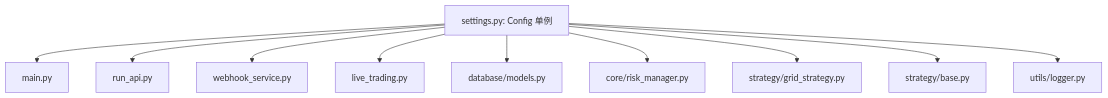
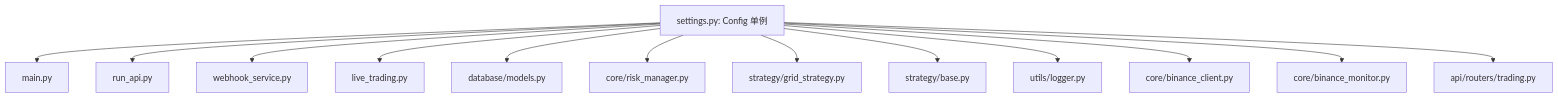
Before and after one commit to zyf266/ending: the third of 3 diagrams in .qoder/repowiki/zh/content/配置管理/配置管理.md, drawn with Mermaid. The commit also changed other lines of this file and 60 other files, not shown here.

````diff
--- a/.qoder/repowiki/zh/content/配置管理/配置管理.md
+++ b/.qoder/repowiki/zh/content/配置管理/配置管理.md
@@ -236,22 +266,28 @@
 ```mermaid
 graph TB
 CFG["settings.py: Config 单例"]
 MAIN["main.py"]
 API["run_api.py"]
 WH["webhook_service.py"]
 LT["live_trading.py"]
 DB["database/models.py"]
 RM["core/risk_manager.py"]
 GS["strategy/grid_strategy.py"]
 SB["strategy/base.py"]
 LG["utils/logger.py"]
+BC["core/binance_client.py"]
+BM["core/binance_monitor.py"]
+TR["api/routers/trading.py"]
 CFG --> MAIN
 CFG --> API
 CFG --> WH
 CFG --> LT
 CFG --> DB
 CFG --> RM
 CFG --> GS
 CFG --> SB
 CFG --> LG
+CFG --> BC
+CFG --> BM
+CFG --> TR
 ```
````
